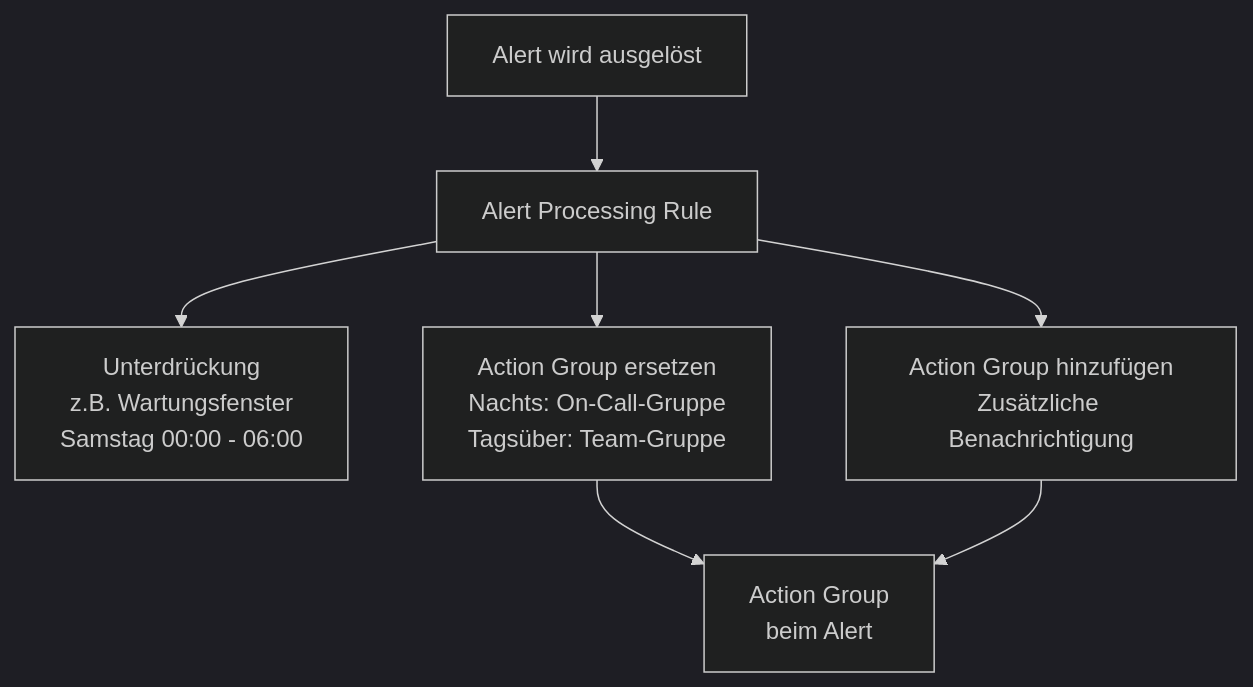
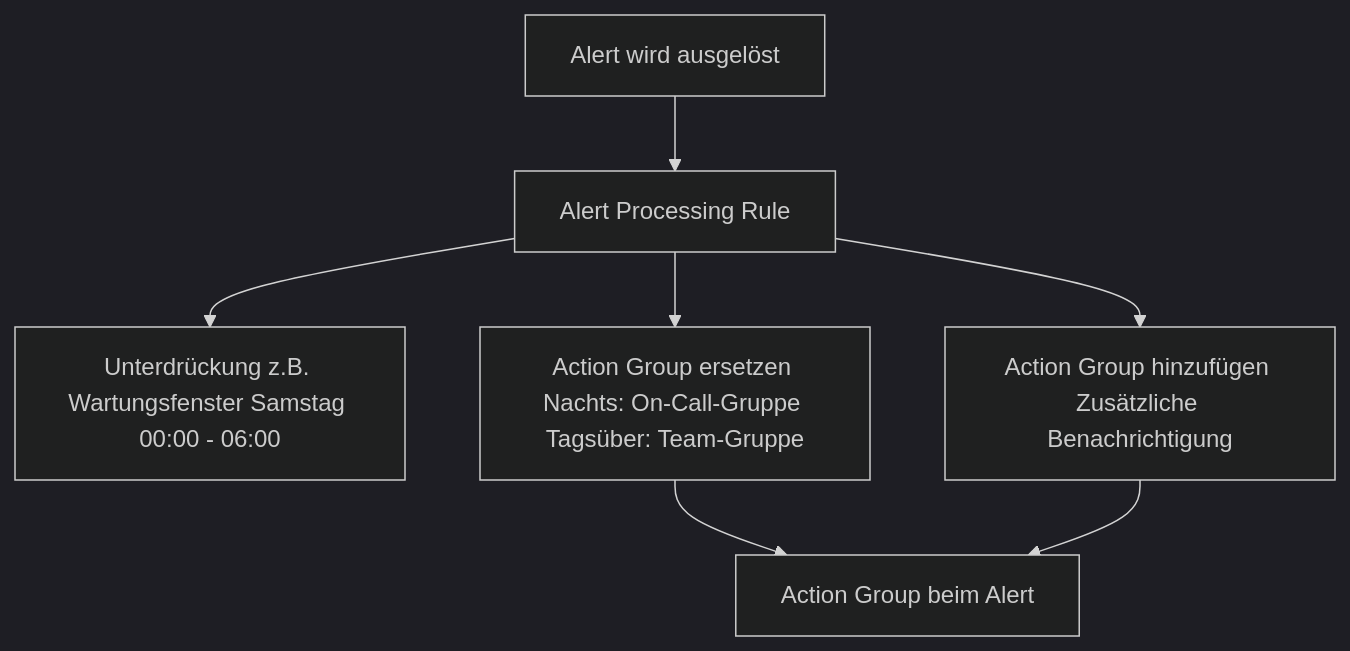
The third of 4 diagrams in Microsoft 365/Azure/Monitor und Management/Azure Alerts.md (SoniiiT/notes-n-docs), drawn with Mermaid (dark theme) before and after one commit. The commit also changed other lines of this file and 124 other files, not shown here.

First line of the commit message:
fix: Entferne \n aus allen Mermaid-Diagrammen (125 Dateien)

````diff
--- a/Microsoft 365/Azure/Monitor und Management/Azure Alerts.md
+++ b/Microsoft 365/Azure/Monitor und Management/Azure Alerts.md
@@ -340,16 +340,16 @@
 ```mermaid
 graph TD
     Alert["Alert wird ausgelöst"]
     APR["Alert Processing Rule"]
-    Suppress["Unterdrückung\nz.B. Wartungsfenster\nSamstag 00:00 - 06:00"]
-    Override["Action Group ersetzen\nNachts: On-Call-Gruppe\nTagsüber: Team-Gruppe"]
-    Add["Action Group hinzufügen\nZusätzliche Benachrichtigung"]
-    Notify["Action Group\nbeim Alert"]
+    Suppress["Unterdrückung z.B. Wartungsfenster Samstag 00:00 - 06:00"]
+    Override["Action Group ersetzen Nachts: On-Call-Gruppe Tagsüber: Team-Gruppe"]
+    Add["Action Group hinzufügen Zusätzliche Benachrichtigung"]
+    Notify["Action Group beim Alert"]
 
     Alert --> APR
     APR --> Suppress
     APR --> Override
     APR --> Add
     Override --> Notify
     Add --> Notify
 ```
````
